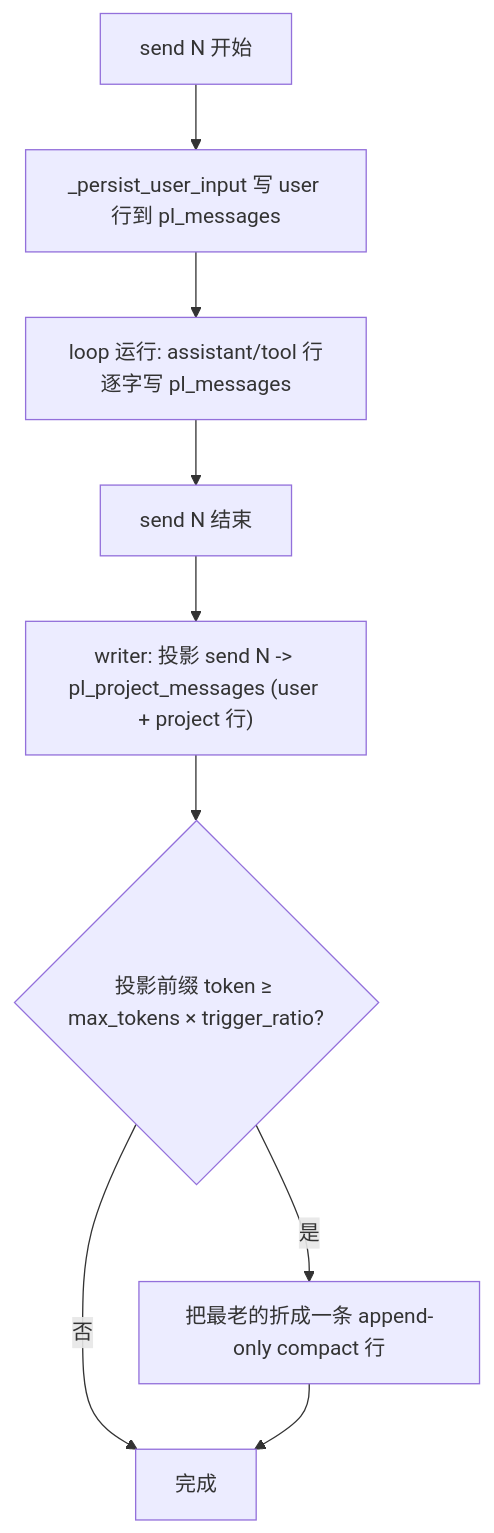
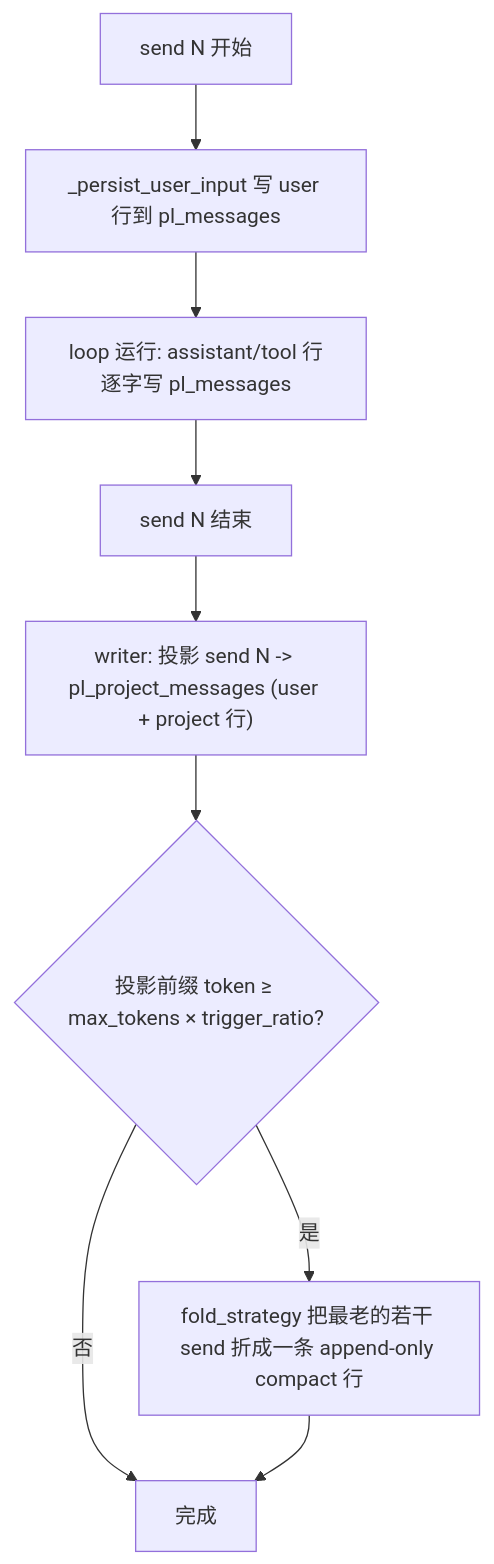
Before and after one commit to PL-play/power-loop: the diagram in docs/zh/user-guide/send-context-projection.md, drawn with Mermaid. The commit also changed other lines of this file and 17 other files, not shown here.

````diff
--- a/docs/zh/user-guide/send-context-projection.md
+++ b/docs/zh/user-guide/send-context-projection.md
@@ -20,11 +30,11 @@
 ```mermaid
 flowchart TD
     S[send N 开始] --> P[_persist_user_input 写 user 行到 pl_messages]
     P --> L[loop 运行: assistant/tool 行逐字写 pl_messages]
     L --> F[send N 结束]
     F --> W["writer: 投影 send N -> pl_project_messages (user + project 行)"]
     W --> C{"投影前缀 token ≥ max_tokens × trigger_ratio?"}
-    C -->|是| K[把最老的折成一条 append-only compact 行]
+    C -->|是| K[fold_strategy 把最老的若干 send 折成一条 append-only compact 行]
     C -->|否| Z[完成]
     K --> Z
 ```
````
